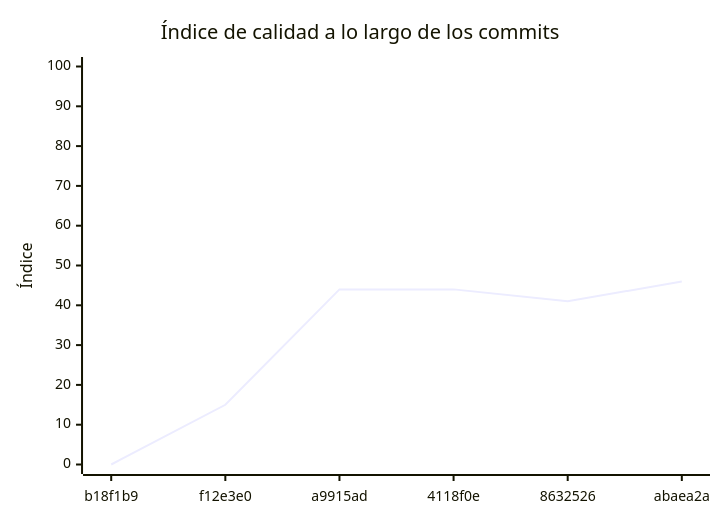
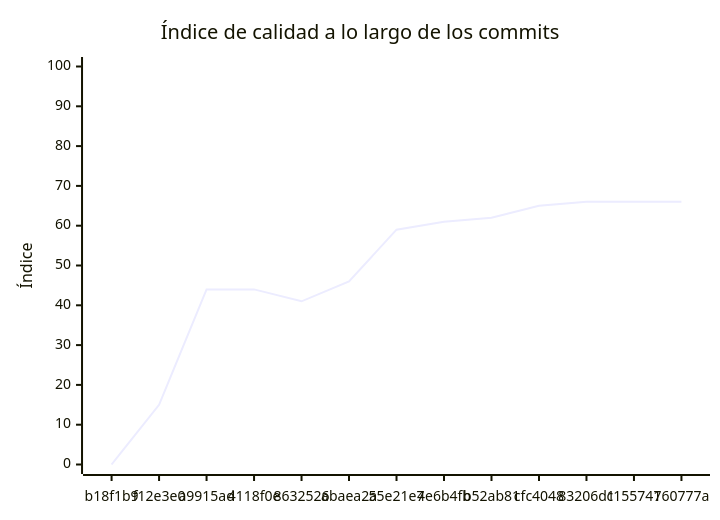
The diagram in docs/EVALUACION.md (Prog2-IanOlmedo/turnos-servicio-catalogo), drawn with Mermaid before and after one commit. The commit also changed other lines of this file and 1 other file, not shown here.

````diff
--- a/docs/EVALUACION.md
+++ b/docs/EVALUACION.md
@@ -129,7 +161,7 @@
 ```mermaid
 xychart-beta
     title "Índice de calidad a lo largo de los commits"
-    x-axis ["b18f1b9", "f12e3e0", "a9915ad", "4118f0e", "8632526", "abaea2a"]
+    x-axis ["b18f1b9", "f12e3e0", "a9915ad", "4118f0e", "8632526", "abaea2a", "55e21e7", "4e6b4fb", "b52ab81", "cfc4048", "83206d1", "c155741", "760777a"]
     y-axis "Índice" 0 --> 100
-    line [0, 15, 44, 44, 41, 46]
+    line [0, 15, 44, 44, 41, 46, 59, 61, 62, 65, 66, 66, 66]
 ```
````
